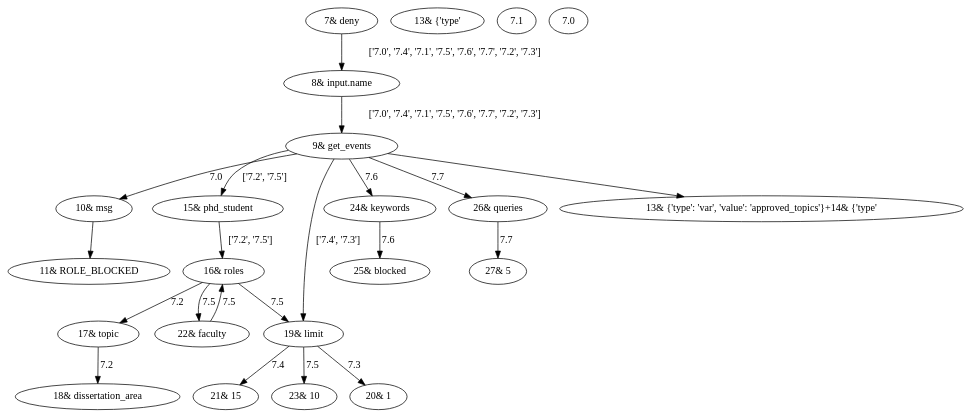
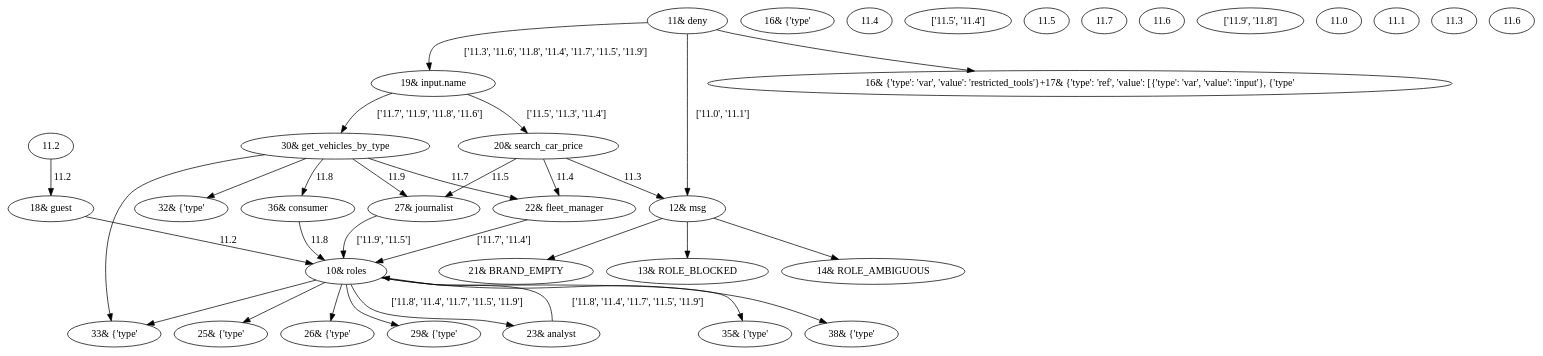
Before and after one commit to IBM/smith: the diagram in unreachable.dot, drawn with Graphviz. The commit also changed 283 other files, not shown here.

Commit message:
updated security example for car-price-mcp-main

```diff
--- a/unreachable.dot
+++ b/unreachable.dot
@@ -1,44 +1,72 @@
 digraph {
-"7& deny" [type=None, index=7, fullname="7& deny", component=1];
-"8& input.name" [index=8, type=None, fullname="8& input.name", component=1];
-"9& get_events" [index=9, type=None, fullname="9& get_events", component=1];
-"10& msg" [index=10, type=None, fullname="10& msg", component=1];
-"11& ROLE_BLOCKED" [index=11, type=None, fullname="11& ROLE_BLOCKED: only faculty or phd_student may call get_events", component=1];
-"13& {'type'" [fullname="13& {'type': 'var', 'value': 'approved_topics'}+14& {'type': 'var', 'value': 'topic'}", index=None, component=2];
-"15& phd_student" [index=15, type=None, fullname="15& phd_student", component=1];
-"16& roles" [index=16, type=None, fullname="16& roles", component=1];
-"17& topic" [index=17, type=None, fullname="17& topic", component=1];
-"18& dissertation_area" [index=18, type=None, fullname="18& dissertation_area", component=1];
-"19& limit" [index=19, type=None, fullname="19& limit", component=1];
-"20& 1" [index=20, type=None, fullname="20& 1", component=1];
-"21& 15" [index=21, type=None, fullname="21& 15", component=1];
-"22& faculty" [index=22, type=None, fullname="22& faculty", component=1];
-"23& 10" [index=23, type=None, fullname="23& 10", component=1];
-"24& keywords" [index=24, type=None, fullname="24& keywords", component=1];
-"25& blocked" [index=25, type=None, fullname="25& blocked", component=1];
-"26& queries" [index=26, type=None, fullname="26& queries", component=1];
-"27& 5" [index=27, type=None, fullname="27& 5", component=1];
-" 'topic'}" [key=0, type=var, label=7.1, negative=True, component=3];
-" only faculty or phd_student may call get_events" [key=0, type="['a', 's', 'i', 'n', 'g']", label=7.0, negative=False, component=4];
-"13& {'type'" [component=1];
-"7& deny" -> "8& input.name" [key=0, type=var, label="['7.0', '7.4', '7.1', '7.5', '7.6', '7.7', '7.2', '7.3']", negative=False];
-"8& input.name" -> "9& get_events" [key=0, type="['a', 'l', 'q', 'e', 'u']", label="['7.0', '7.4', '7.1', '7.5', '7.6', '7.7', '7.2', '7.3']", negative=False];
-"9& get_events" -> "10& msg" [key=0, type=var, label=7.0, negative=False];
-"9& get_events" -> "13& {'type': 'var', 'value': 'approved_topics'}+14& {'type'":" 'var', 'value'" [key=0];
-"9& get_events" -> "15& phd_student" [key=0, type=var, label="['7.2', '7.5']", negative=False];
-"9& get_events" -> "19& limit" [key=0, type=var, label="['7.4', '7.3']", negative=False];
-"9& get_events" -> "24& keywords" [key=0, type=var, label=7.6, negative=False];
-"9& get_events" -> "26& queries" [key=0, type=var, label=7.7, negative=False];
-"10& msg" -> "11& ROLE_BLOCKED" [key=0];
-"15& phd_student" -> "16& roles" [key=0, type="['a', 'i', 'l', '_', '2', 'm', 't', 'r', 'e', 'n', '.', 'b']", label="['7.2', '7.5']", negative=False];
-"16& roles" -> "17& topic" [key=0, type=var, label=7.2, negative=False];
-"16& roles" -> "22& faculty" [key=0, type=var, label=7.5, negative=True];
-"16& roles" -> "19& limit" [key=0, type=var, label=7.5, negative=False];
-"17& topic" -> "18& dissertation_area" [key=0, type="['q', 'e', 'n']", label=7.2, negative=False];
-"19& limit" -> "20& 1" [key=0, type="['t', 'l']", label=7.3, negative=False];
-"19& limit" -> "21& 15" [key=0, type="['g', 't']", label=7.4, negative=False];
-"19& limit" -> "23& 10" [key=0, type="['g', 't']", label=7.5, negative=False];
-"22& faculty" -> "16& roles" [key=0, type="['a', 'i', 'l', '_', '2', 'm', 't', 'r', 'e', 'n', '.', 'b']", label=7.5, negative=False];
-"24& keywords" -> "25& blocked" [key=0, type="['a', 's', 'i', 't', 'n', 'o', 'c']", label=7.6, negative=False];
-"26& queries" -> "27& 5" [key=0, type="['g', 'e', 't']", label=7.7, negative=False];
+"10& roles" [type=call, index=10, fullname="10& roles", component=1];
+"11& deny" [type=None, index=11, fullname="11& deny", component=1];
+"12& msg" [index=12, type=None, fullname="12& msg", component=1];
+"13& ROLE_BLOCKED" [index=13, type=None, fullname="13& ROLE_BLOCKED: caller has no recognised role and may not call any tool", component=1];
+"14& ROLE_AMBIGUOUS" [index=14, type=None, fullname="14& ROLE_AMBIGUOUS: caller may not hold more than one role simultaneously", component=1];
+"16& {'type'" [fullname="16& {'type': 'var', 'value': 'restricted_tools'}+17& {'type': 'ref', 'value': [{'type': 'var', 'value': 'input'}, {'type': 'string', 'value': 'name'}]}", index=None, component=2];
+"18& guest" [index=18, type=None, fullname="18& guest", component=1];
+"19& input.name" [index=19, type=None, fullname="19& input.name", component=1];
+"20& search_car_price" [index=20, type=None, fullname="20& search_car_price", component=1];
+"21& BRAND_EMPTY" [index=21, type=None, fullname="21& BRAND_EMPTY: brand_name must not be empty or whitespace-only", component=1];
+"22& fleet_manager" [index=22, type=None, fullname="22& fleet_manager", component=1];
+"23& analyst" [index=23, type=None, fullname="23& analyst", component=1];
+"25& {'type'" [fullname="25& {'type': 'var', 'value': 'fleet_manager_brands'}", index=None, component=3];
+"26& {'type'" [fullname="26& {'type': 'var', 'value': 'brand'}", index=None, component=4];
+"27& journalist" [index=27, type=None, fullname="27& journalist", component=1];
+"29& {'type'" [fullname="29& {'type': 'var', 'value': 'journalist_brands'}", index=None, component=5];
+"30& get_vehicles_by_type" [index=30, type=None, fullname="30& get_vehicles_by_type", component=1];
+"32& {'type'" [fullname="32& {'type': 'var', 'value': 'recognized_vehicle_types'}", index=None, component=6];
+"33& {'type'" [fullname="33& {'type': 'var', 'value': 'vtype'}", index=None, component=7];
+"35& {'type'" [fullname="35& {'type': 'var', 'value': 'fleet_manager_vehicle_types'}", index=None, component=8];
+"36& consumer" [index=36, type=None, fullname="36& consumer", component=1];
+"38& {'type'" [fullname="38& {'type': 'var', 'value': 'cars_only_vehicle_types'}", index=None, component=9];
+" 'fleet_manager_brands'}" [key=0, type=var, label=11.4, negative=True, component=10];
+" 'brand'}" [key=0, type=var, label="['11.5', '11.4']", negative=True, component=11];
+" 'journalist_brands'}" [key=0, type=var, label=11.5, negative=True, component=12];
+" 'fleet_manager_vehicle_types'}" [key=0, type=var, label=11.7, negative=True, component=13];
+" 'vtype'}" [key=0, type=var, label=11.6, negative=True, component=14];
+" 'cars_only_vehicle_types'}" [key=0, type=var, label="['11.9', '11.8']", negative=True, component=15];
+" 'name'}]}" [key=0, type=var, label=11.2, negative=False, component=1];
+" caller has no recognised role and may not call any tool" [key=0, type="['a', 's', 'n', 'g', 'i']", label=11.0, negative=False, component=16];
+" caller may not hold more than one role simultaneously" [key=0, type="['a', 's', 'n', 'g', 'i']", label=11.1, negative=False, component=17];
+" brand_name must not be empty or whitespace-only" [key=0, type="['a', 's', 'n', 'g', 'i']", label=11.3, negative=False, component=18];
+"16& {'type'" [component=1];
+" 'recognized_vehicle_types'}" [key=0, type=var, label=11.6, negative=True, component=19];
+"25& {'type'" [component=1];
+"26& {'type'" [component=1];
+"29& {'type'" [component=1];
+"35& {'type'" [component=1];
+"33& {'type'" [component=1];
+"38& {'type'" [component=1];
+"32& {'type'" [component=1];
+"10& roles" -> "23& analyst" [key=0, type=var, label="['11.8', '11.4', '11.7', '11.5', '11.9']", negative=True];
+"10& roles" -> "25& {'type'":" 'var', 'value'" [key=0];
+"10& roles" -> "26& {'type'":" 'var', 'value'" [key=0];
+"10& roles" -> "29& {'type'":" 'var', 'value'" [key=0];
+"10& roles" -> "35& {'type'":" 'var', 'value'" [key=0];
+"10& roles" -> "33& {'type'":" 'var', 'value'" [key=0];
+"10& roles" -> "38& {'type'":" 'var', 'value'" [key=0];
+"11& deny" -> "12& msg" [key=0, type=var, label="['11.0', '11.1']", negative=False];
+"11& deny" -> "16& {'type': 'var', 'value': 'restricted_tools'}+17& {'type': 'ref', 'value': [{'type': 'var', 'value': 'input'}, {'type'":" 'string', 'value'" [key=0];
+"11& deny" -> "19& input.name" [key=0, type=var, label="['11.3', '11.6', '11.8', '11.4', '11.7', '11.5', '11.9']", negative=False];
+"12& msg" -> "13& ROLE_BLOCKED" [key=0];
+"12& msg" -> "14& ROLE_AMBIGUOUS" [key=0];
+"12& msg" -> "21& BRAND_EMPTY" [key=0];
+"18& guest" -> "10& roles" [key=0, type="['a', 'b', '2', 'r', 'l', '.', '_', 't', 'n', 'e', 'm', 'i']", label=11.2, negative=False];
+"19& input.name" -> "20& search_car_price" [key=0, type="['q', 'a', 'l', 'e', 'u']", label="['11.5', '11.3', '11.4']", negative=False];
+"19& input.name" -> "30& get_vehicles_by_type" [key=0, type="['q', 'a', 'l', 'e', 'u']", label="['11.7', '11.9', '11.8', '11.6']", negative=False];
+"20& search_car_price" -> "12& msg" [key=0, type=var, label=11.3, negative=False];
+"20& search_car_price" -> "22& fleet_manager" [key=0, type=var, label=11.4, negative=False];
+"20& search_car_price" -> "27& journalist" [key=0, type=var, label=11.5, negative=False];
+"22& fleet_manager" -> "10& roles" [key=0, type="['a', 'b', '2', 'r', 'l', '.', '_', 't', 'n', 'e', 'm', 'i']", label="['11.7', '11.4']", negative=False];
+"23& analyst" -> "10& roles" [key=0, type="['a', 'b', '2', 'r', 'l', '.', '_', 't', 'n', 'e', 'm', 'i']", label="['11.8', '11.4', '11.7', '11.5', '11.9']", negative=False];
+"27& journalist" -> "10& roles" [key=0, type="['a', 'b', '2', 'r', 'l', '.', '_', 't', 'n', 'e', 'm', 'i']", label="['11.9', '11.5']", negative=False];
+"30& get_vehicles_by_type" -> "32& {'type'":" 'var', 'value'" [key=0];
+"30& get_vehicles_by_type" -> "33& {'type'":" 'var', 'value'" [key=0];
+"30& get_vehicles_by_type" -> "22& fleet_manager" [key=0, type=var, label=11.7, negative=False];
+"30& get_vehicles_by_type" -> "36& consumer" [key=0, type=var, label=11.8, negative=False];
+"30& get_vehicles_by_type" -> "27& journalist" [key=0, type=var, label=11.9, negative=False];
+"36& consumer" -> "10& roles" [key=0, type="['a', 'b', '2', 'r', 'l', '.', '_', 't', 'n', 'e', 'm', 'i']", label=11.8, negative=False];
+" 'name'}]}" -> "18& guest" [key=0, type=var, label=11.2, negative=False];
 }
```
